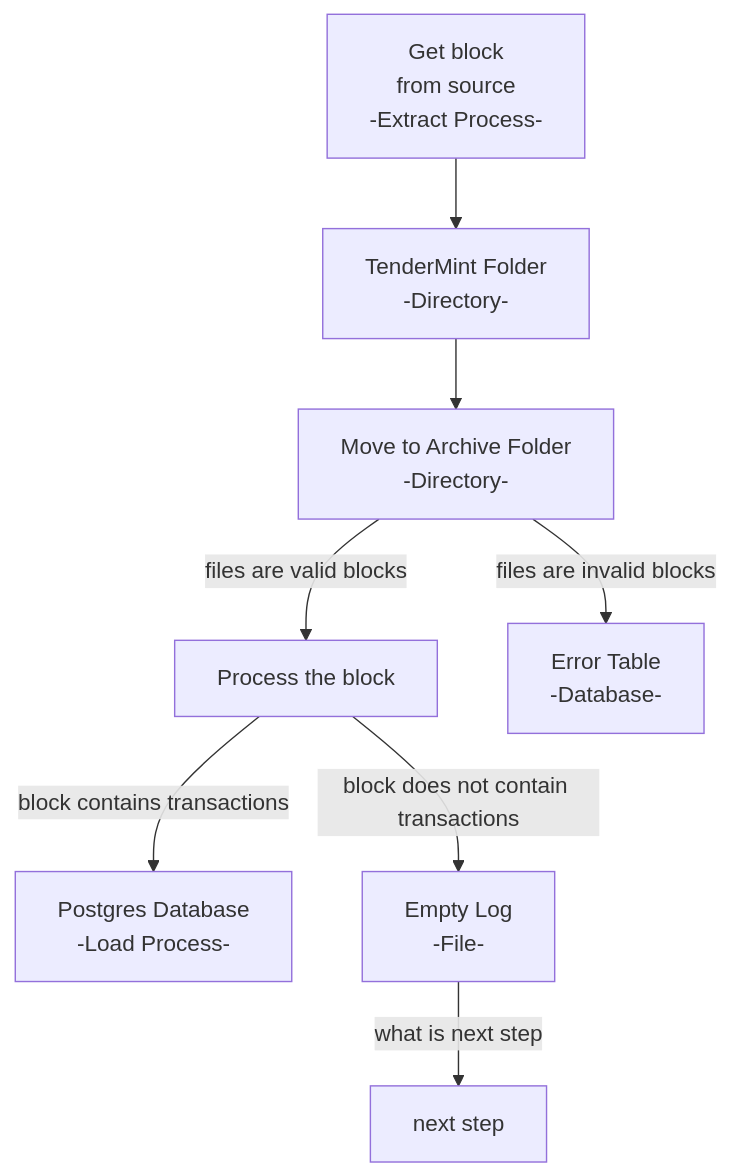
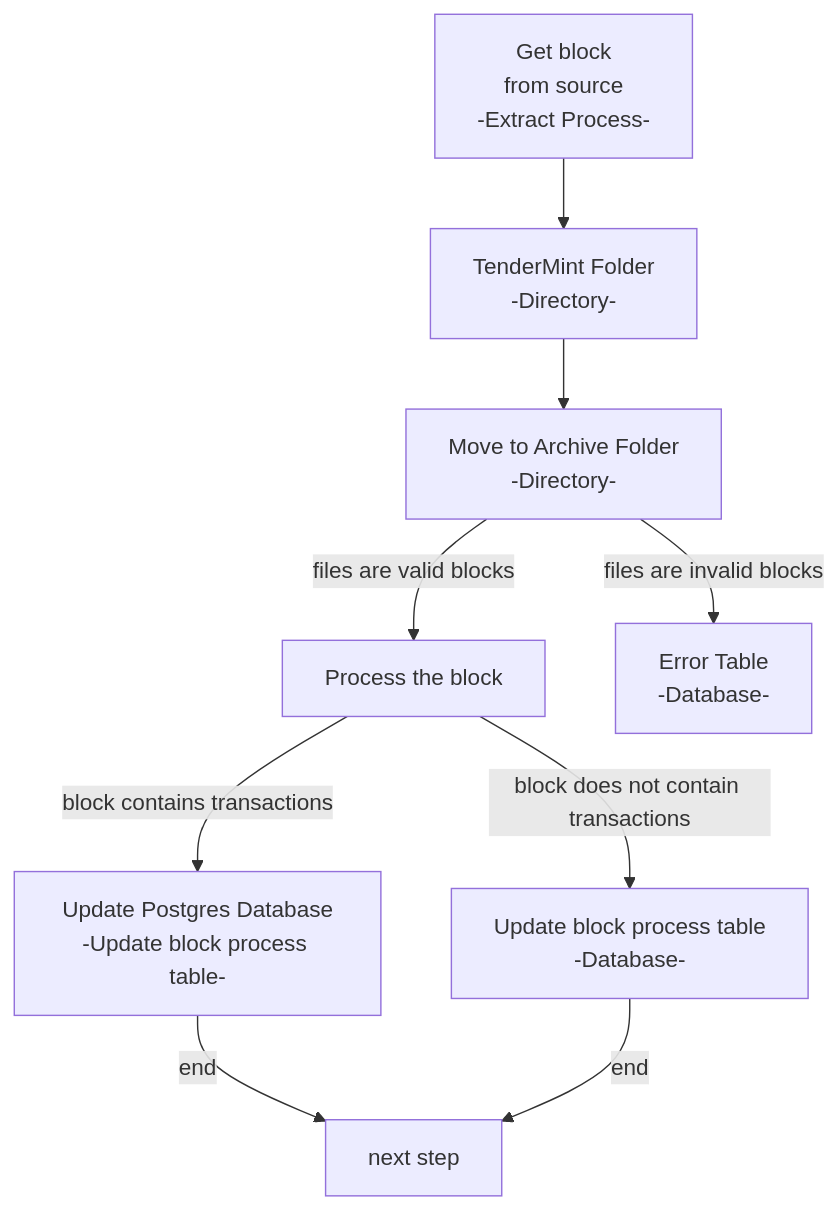
Before and after one commit to patmcfarland/one: the diagram in README.md, drawn with Mermaid.

````diff
--- a/README.md
+++ b/README.md
@@ -1,17 +1,18 @@
 ```mermaid
 flowchart TD
 A[Get block<br>from source<br>-Extract Process-]
 A --> B
 B[TenderMint Folder<br>-Directory-]
 B --> C[Move to Archive Folder<br>-Directory-]
 C -- files are valid blocks --> D
 D[Process the block]
 C -- files are invalid blocks --> E
 E[Error Table<br>-Database-]
-F[Postgres Database<br>-Load Process-]
+F[Update Postgres Database<br>-Update block process table-]
 D -- block contains transactions --> F
 D -- block does not contain transactions --> G
-G[Empty Log<br>-File-]
+G[Update block process table<br>-Database-]
 H[next step]
-G -- what is next step --> H
+F -- end --> H
+G -- end --> H
 ```
````
